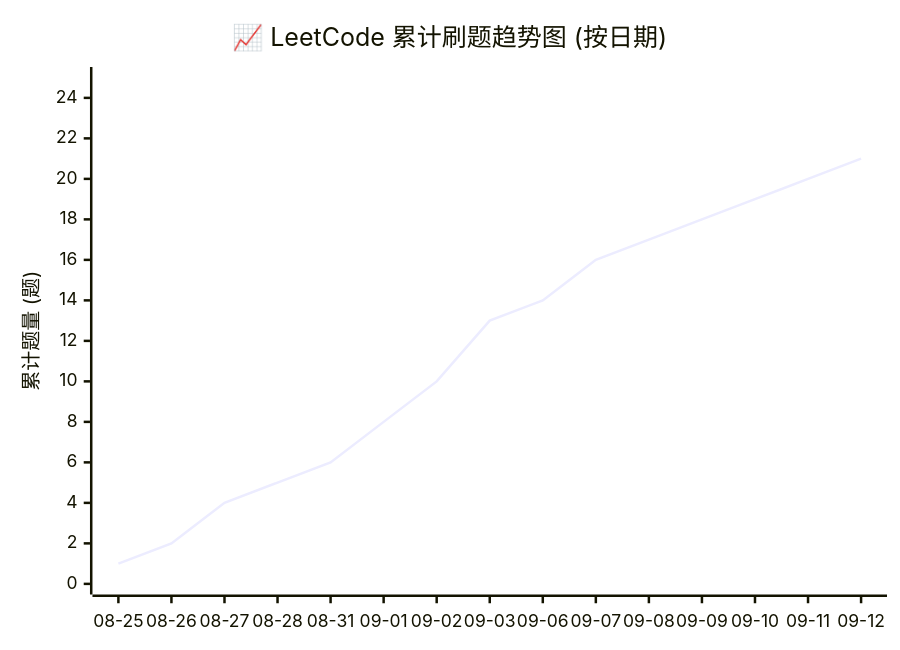
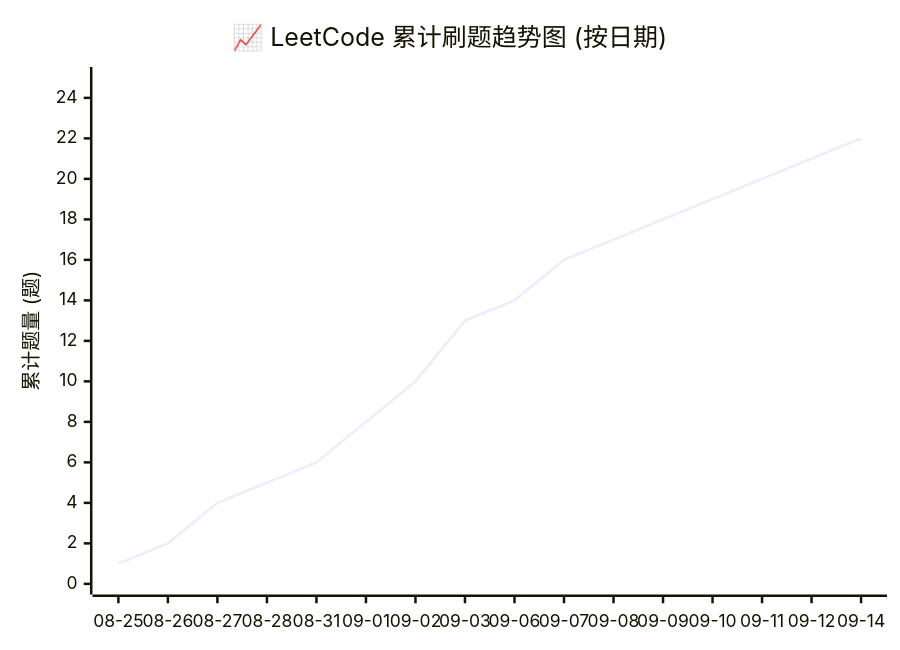
One commit to hexinbyte/LeetCode-Journey changed the diagram in README.md. Above: the diagram before and after it, drawn with Mermaid. The commit also changed other lines of this file and 2 other files, not shown here.

````diff
--- a/README.md
+++ b/README.md
@@ -16,7 +16,7 @@
 ```mermaid
 xychart-beta
     title "📈 LeetCode 累计刷题趋势图 (按日期)"
-    x-axis ["08-25", "08-26", "08-27", "08-28", "08-31", "09-01", "09-02", "09-03", "09-06", "09-07", "09-08", "09-09", "09-10", "09-11", "09-12"]
+    x-axis ["08-25", "08-26", "08-27", "08-28", "08-31", "09-01", "09-02", "09-03", "09-06", "09-07", "09-08", "09-09", "09-10", "09-11", "09-12", "09-14"]
     y-axis "累计题量 (题)" 0 --> 25
-    line [1, 2, 4, 5, 6, 8, 10, 13, 14, 16, 17, 18, 19, 20, 21]
+    line [1, 2, 4, 5, 6, 8, 10, 13, 14, 16, 17, 18, 19, 20, 21, 22]
 ```
````
